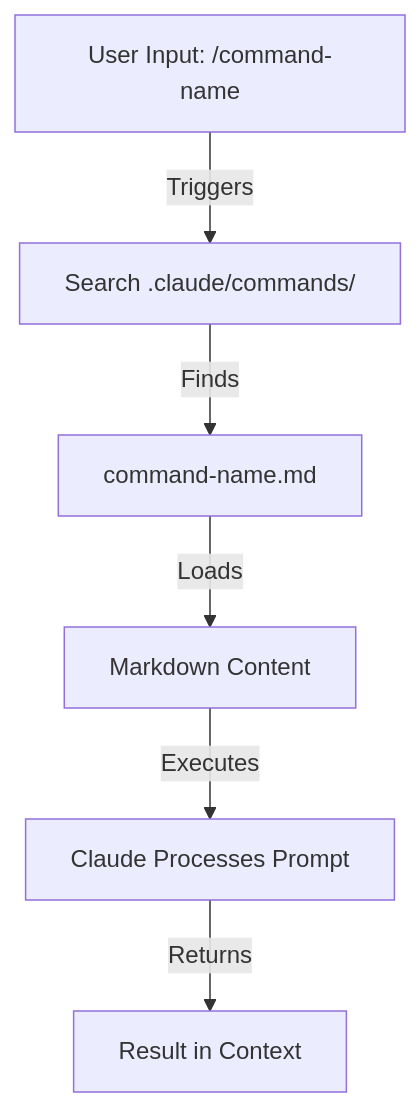
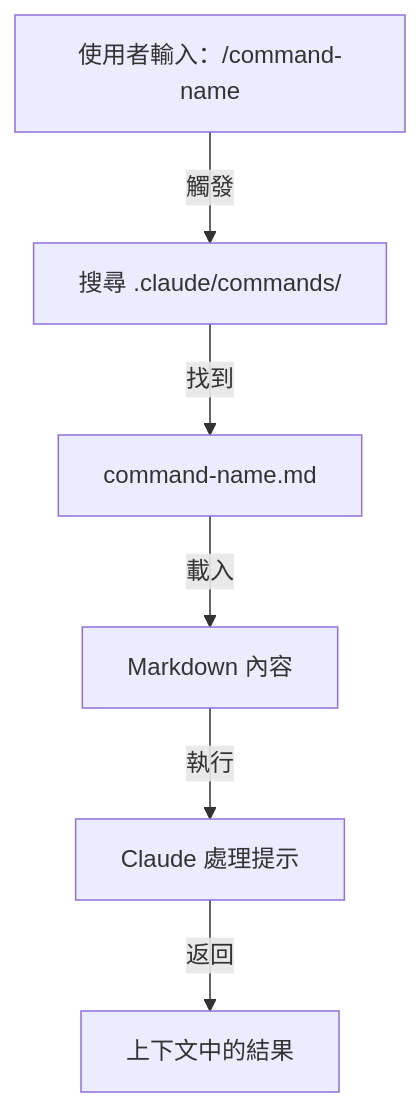
One commit to huckly/claude-howto-zh-tw changed the first of 31 diagrams in claude_concepts_guide.md. Above: the diagram before and after it, drawn with Mermaid. The commit also changed other lines of this file and 12 other files, not shown here.

````diff
--- a/claude_concepts_guide.md
+++ b/claude_concepts_guide.md
@@ -35,8 +35,8 @@
 ```mermaid
 graph TD
-    A["User Input: /command-name"] -->|Triggers| B["Search .claude/commands/"]
-    B -->|Finds| C["command-name.md"]
-    C -->|Loads| D["Markdown Content"]
-    D -->|Executes| E["Claude Processes Prompt"]
-    E -->|Returns| F["Result in Context"]
+    A["使用者輸入：/command-name"] -->|觸發| B["搜尋 .claude/commands/"]
+    B -->|找到| C["command-name.md"]
+    C -->|載入| D["Markdown 內容"]
+    D -->|執行| E["Claude 處理提示"]
+    E -->|返回| F["上下文中的結果"]
 ```
````
